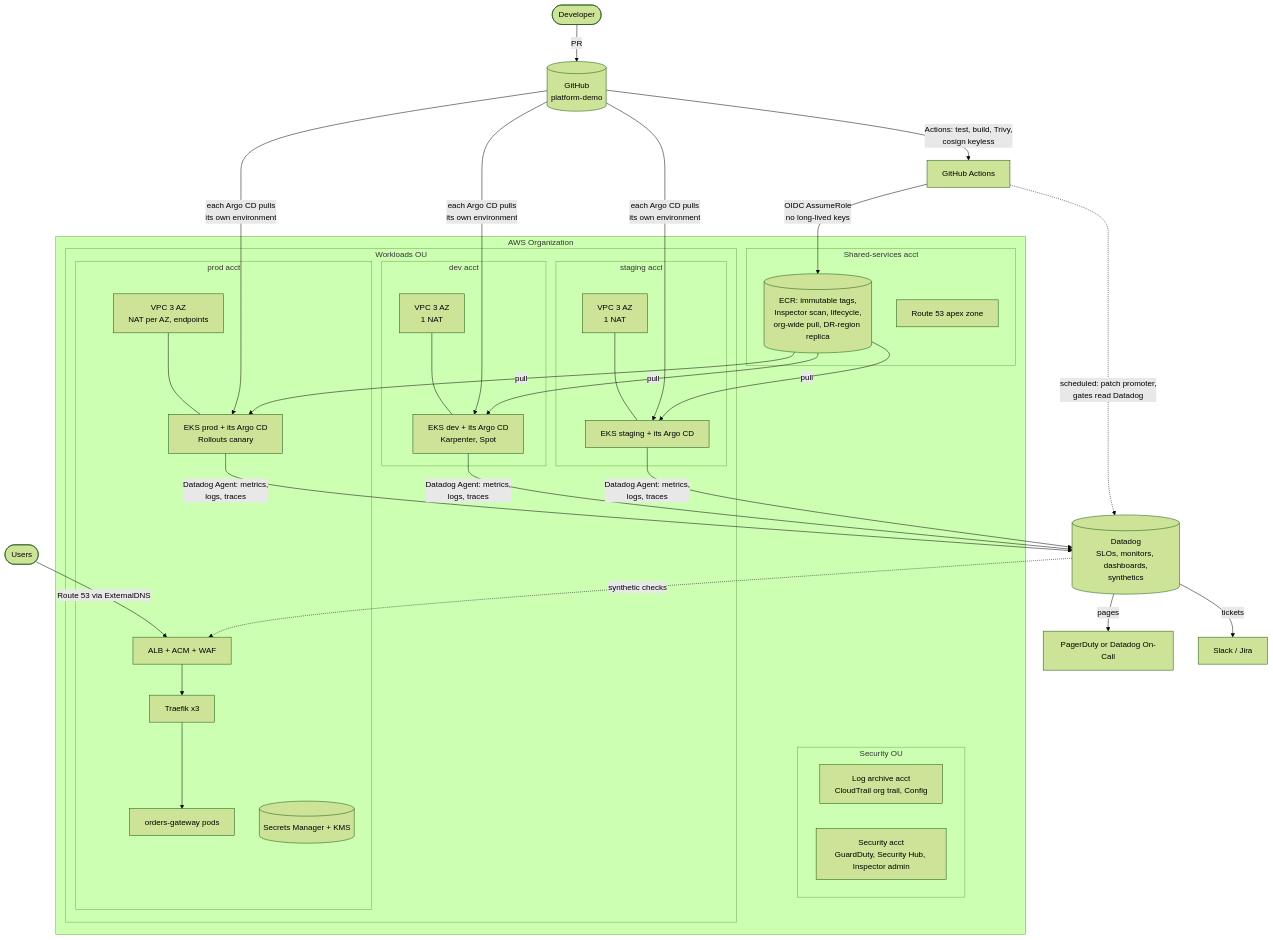
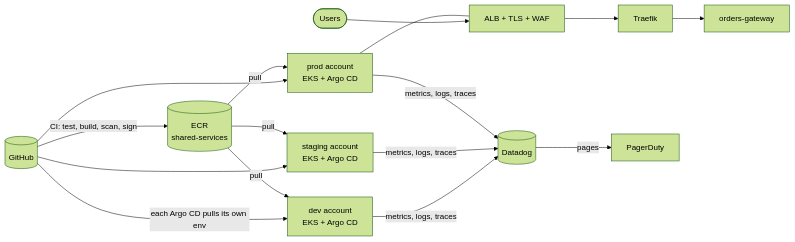
Before and after one commit to iantest11111989/orders-gateway-platform: the diagram in docs/production-on-aws.md, drawn with Mermaid (forest theme). The commit also changed other lines of this file and 34 other files, not shown here.

````diff
--- a/docs/production-on-aws.md
+++ b/docs/production-on-aws.md
@@ -17,39 +20,12 @@
 ```mermaid
-flowchart TB
-  dev([Developer]) -->|PR| gh[(GitHub<br/>platform-demo)]
-  gh -->|Actions: test, build, Trivy,<br/>cosign keyless| ci[GitHub Actions]
-  ci -->|OIDC AssumeRole<br/>no long-lived keys| ecr
-
-  subgraph org [AWS Organization]
-    subgraph sec [Security OU]
-      logarch[Log archive acct<br/>CloudTrail org trail, Config]
-      secacct[Security acct<br/>GuardDuty, Security Hub, Inspector admin]
-    end
-    subgraph shared [Shared-services acct]
-      ecr[(ECR: immutable tags,<br/>Inspector scan, lifecycle,<br/>org-wide pull, DR-region replica)]
-      r53root[Route 53 apex zone]
-    end
-    subgraph wl [Workloads OU]
-      subgraph devacct [dev acct]
-        devvpc[VPC 3 AZ<br/>1 NAT] --- deveks[EKS dev + its Argo CD<br/>Karpenter, Spot]
-      end
-      subgraph stgacct [staging acct]
-        stgvpc[VPC 3 AZ<br/>1 NAT] --- stgeks[EKS staging + its Argo CD]
-      end
-      subgraph prodacct [prod acct]
-        prodvpc[VPC 3 AZ<br/>NAT per AZ, endpoints] --- prodeks[EKS prod + its Argo CD<br/>Rollouts canary]
-        alb[ALB + ACM + WAF] --> traefik[Traefik x3] --> app[orders-gateway pods]
-        sm[(Secrets Manager + KMS)]
-      end
-    end
-  end
-
-  gh -->|each Argo CD pulls<br/>its own environment| deveks & stgeks & prodeks
-  ci -.->|scheduled: patch promoter,<br/>gates read Datadog| dd
-  users([Users]) -->|Route 53 via ExternalDNS| alb
-  deveks & stgeks & prodeks -->|Datadog Agent: metrics,<br/>logs, traces| dd[(Datadog<br/>SLOs, monitors, dashboards,<br/>synthetics)]
-  dd -->|pages| pd[PagerDuty or Datadog On-Call]
-  dd -->|tickets| chat[Slack / Jira]
-  dd -.->|synthetic checks| alb
-  ecr -->|pull| deveks & stgeks & prodeks
+flowchart LR
+  gh[(GitHub)] -->|CI: test, build, scan, sign| ecr[(ECR<br/>shared-services)]
+  gh -->|each Argo CD pulls its own env| dev[dev account<br/>EKS + Argo CD]
+  gh --> stg[staging account<br/>EKS + Argo CD]
+  gh --> prod[prod account<br/>EKS + Argo CD]
+  ecr -->|pull| dev & stg & prod
+  users([Users]) --> alb[ALB + TLS + WAF] --> traefik[Traefik] --> app[orders-gateway]
+  prod --- alb
+  dev & stg & prod -->|metrics, logs, traces| dd[(Datadog)]
+  dd -->|pages| pd[PagerDuty]
 ```
````
